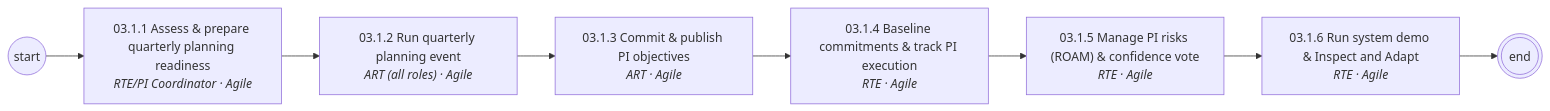
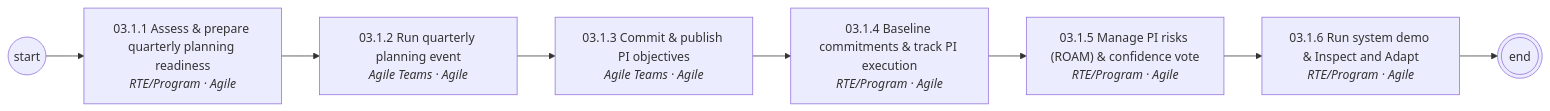
Before and after one commit to corbyjames/apptio-process-catalog: the second of 5 diagrams in diagrams/mermaid/area-03.md, drawn with Mermaid. The commit also changed other lines of this file and 251 other files, not shown here.

````diff
--- a/diagrams/mermaid/area-03.md
+++ b/diagrams/mermaid/area-03.md
@@ -23,17 +23,17 @@
 ```mermaid
 flowchart LR
   S((start))
-  N03_1_1["03.1.1 Assess & prepare quarterly planning readiness<br/><i>RTE/PI Coordinator · Agile</i>"]
+  N03_1_1["03.1.1 Assess & prepare quarterly planning readiness<br/><i>RTE/Program · Agile</i>"]
   S --> N03_1_1
-  N03_1_2["03.1.2 Run quarterly planning event<br/><i>ART (all roles) · Agile</i>"]
+  N03_1_2["03.1.2 Run quarterly planning event<br/><i>Agile Teams · Agile</i>"]
   N03_1_1 --> N03_1_2
-  N03_1_3["03.1.3 Commit & publish PI objectives<br/><i>ART · Agile</i>"]
+  N03_1_3["03.1.3 Commit & publish PI objectives<br/><i>Agile Teams · Agile</i>"]
   N03_1_2 --> N03_1_3
-  N03_1_4["03.1.4 Baseline commitments & track PI execution<br/><i>RTE · Agile</i>"]
+  N03_1_4["03.1.4 Baseline commitments & track PI execution<br/><i>RTE/Program · Agile</i>"]
   N03_1_3 --> N03_1_4
-  N03_1_5["03.1.5 Manage PI risks (ROAM) & confidence vote<br/><i>RTE · Agile</i>"]
+  N03_1_5["03.1.5 Manage PI risks (ROAM) & confidence vote<br/><i>RTE/Program · Agile</i>"]
   N03_1_4 --> N03_1_5
-  N03_1_6["03.1.6 Run system demo & Inspect and Adapt<br/><i>RTE · Agile</i>"]
+  N03_1_6["03.1.6 Run system demo & Inspect and Adapt<br/><i>RTE/Program · Agile</i>"]
   N03_1_5 --> N03_1_6
   N03_1_6 --> E(((end)))
 ```
````
